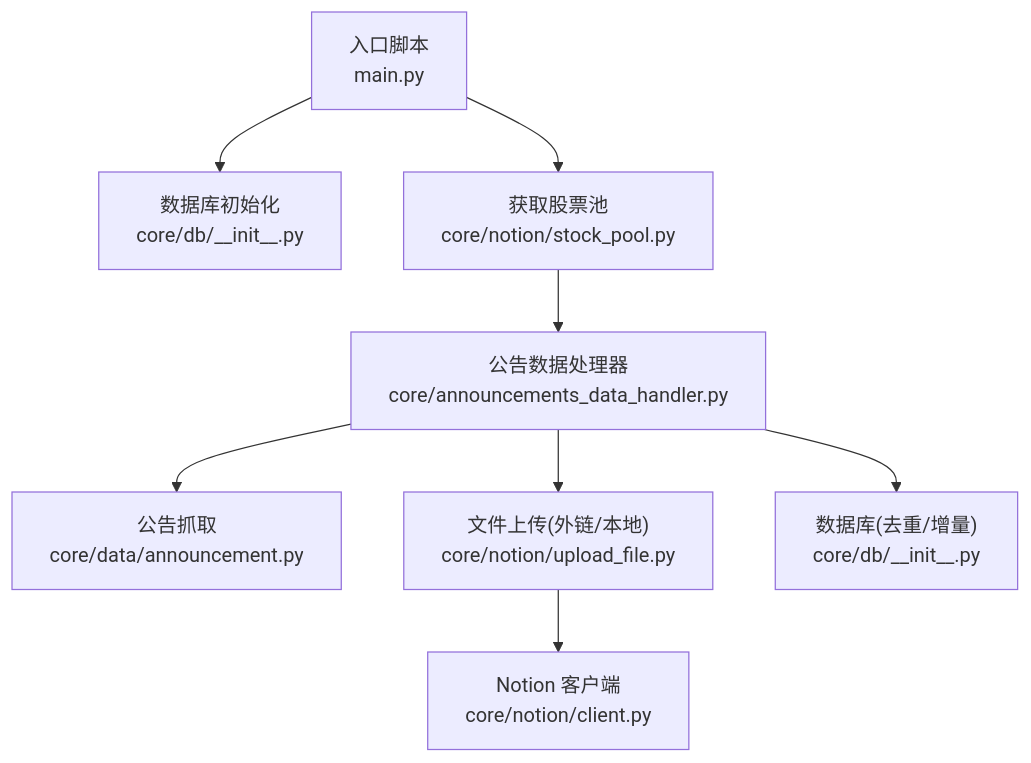
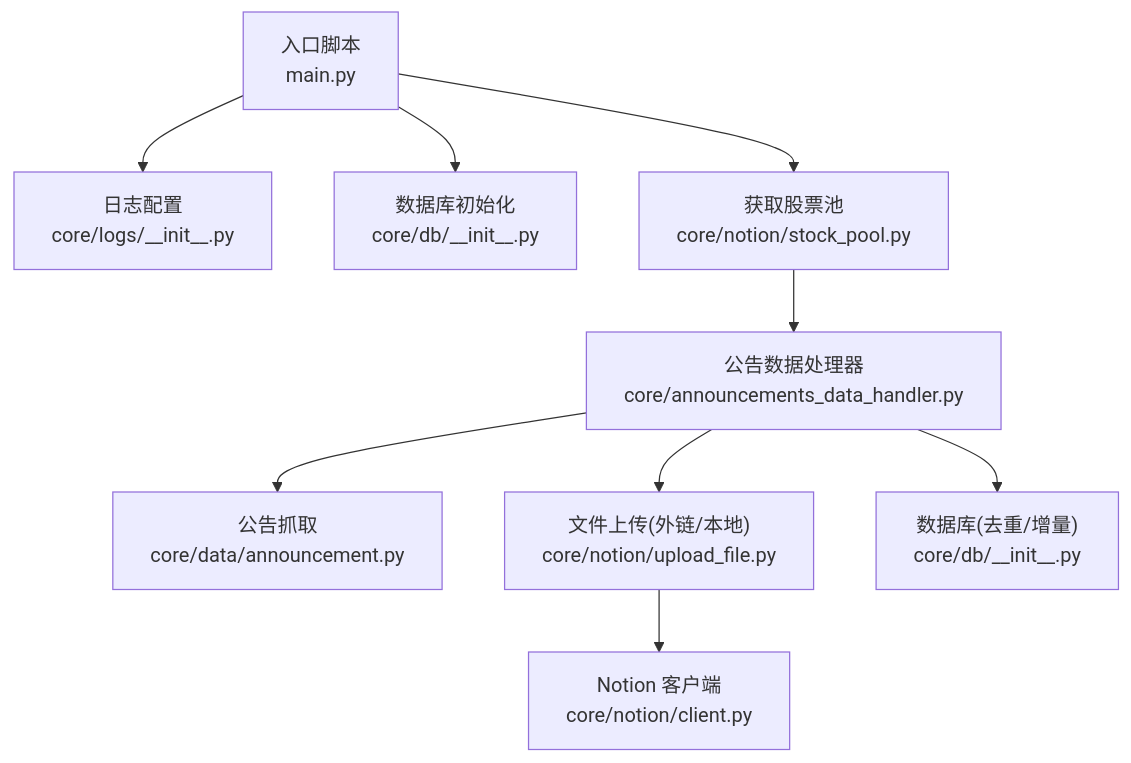
Before and after one commit to iverwong/DataLife: the first of 4 diagrams in .qoder/repowiki/zh/content/部署配置/监控与日志.md, drawn with Mermaid. The commit also changed other lines of this file and 6 other files, not shown here.

````diff
--- a/.qoder/repowiki/zh/content/部署配置/监控与日志.md
+++ b/.qoder/repowiki/zh/content/部署配置/监控与日志.md
@@ -41,10 +50,11 @@
 ```mermaid
 graph TB
-A["入口脚本<br/>main.py"] --> B["数据库初始化<br/>core/db/__init__.py"]
-A --> C["获取股票池<br/>core/notion/stock_pool.py"]
-C --> D["公告数据处理器<br/>core/announcements_data_handler.py"]
-D --> E["公告抓取<br/>core/data/announcement.py"]
-D --> F["文件上传(外链/本地)<br/>core/notion/upload_file.py"]
-F --> G["Notion 客户端<br/>core/notion/client.py"]
-D --> H["数据库(去重/增量)<br/>core/db/__init__.py"]
+A["入口脚本<br/>main.py"] --> B["日志配置<br/>core/logs/__init__.py"]
+A --> C["数据库初始化<br/>core/db/__init__.py"]
+A --> D["获取股票池<br/>core/notion/stock_pool.py"]
+D --> E["公告数据处理器<br/>core/announcements_data_handler.py"]
+E --> F["公告抓取<br/>core/data/announcement.py"]
+E --> G["文件上传(外链/本地)<br/>core/notion/upload_file.py"]
+G --> H["Notion 客户端<br/>core/notion/client.py"]
+E --> I["数据库(去重/增量)<br/>core/db/__init__.py"]
 ```
````
